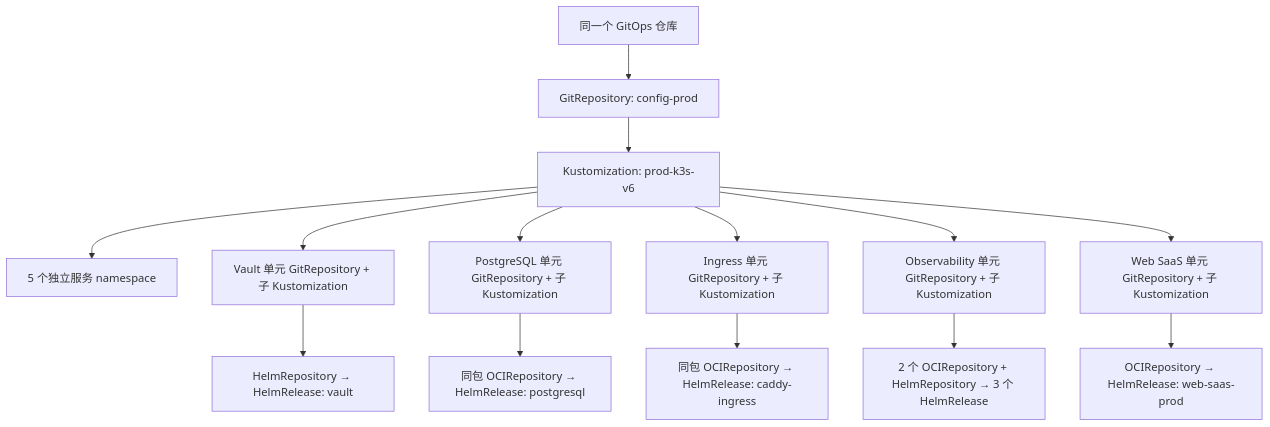
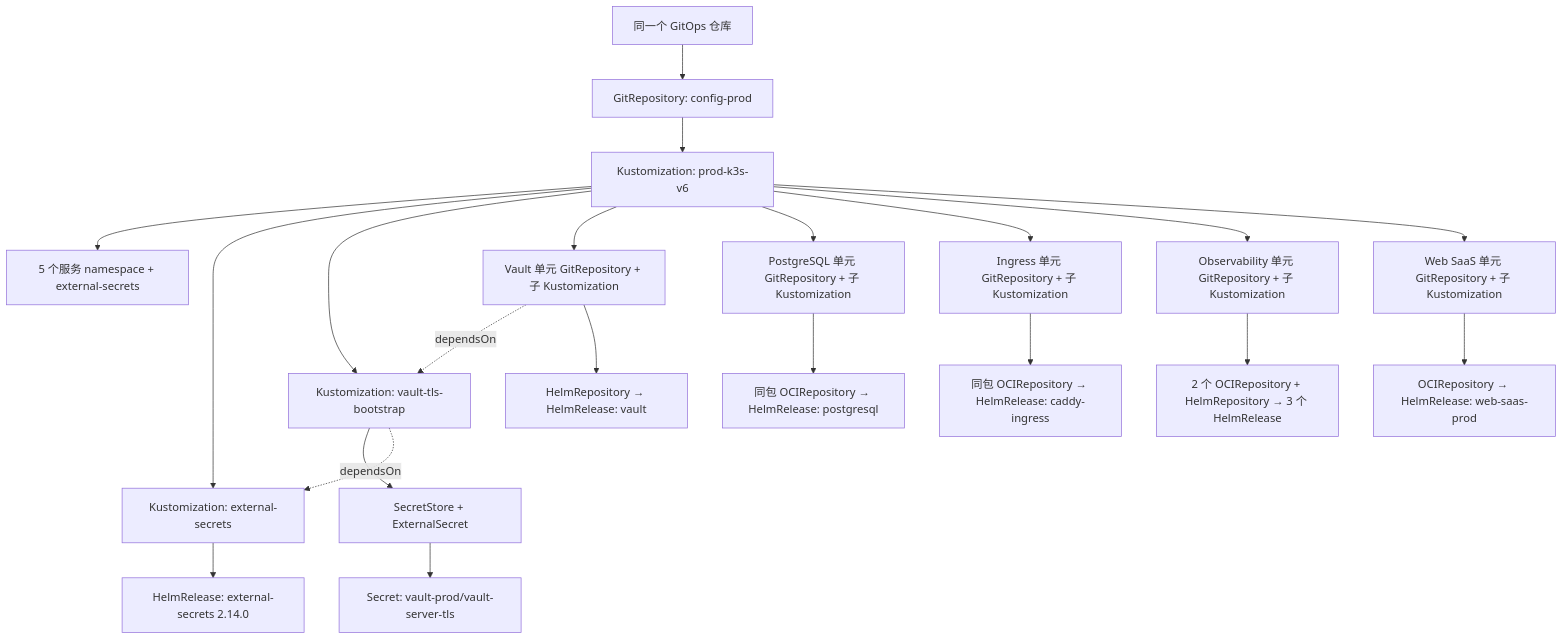
The diagram in docs/prod-k3s-v6-gitops-hierarchy.md (ai-workspace-infra/gitops), drawn with Mermaid before and after one commit. The commit also changed other lines of this file and 17 other files, not shown here.

Commit message:
feat: gate V6 Vault TLS on ESO sync (#664)

````diff
--- a/docs/prod-k3s-v6-gitops-hierarchy.md
+++ b/docs/prod-k3s-v6-gitops-hierarchy.md
@@ -8,16 +8,23 @@
 ```mermaid
 flowchart TD
   Repo[同一个 GitOps 仓库] --> Bootstrap[GitRepository: config-prod]
   Bootstrap --> Root[Kustomization: prod-k3s-v6]
-  Root --> NS[5 个独立服务 namespace]
+  Root --> NS[5 个服务 namespace + external-secrets]
+  Root --> ESO[Kustomization: external-secrets]
+  ESO --> EHR[HelmRelease: external-secrets 2.14.0]
+  Root --> TLS[Kustomization: vault-tls-bootstrap]
+  TLS --> Ext[SecretStore + ExternalSecret]
+  Ext --> TSecret[Secret: vault-prod/vault-server-tls]
+  TLS -. dependsOn .-> ESO
   Root --> V[Vault 单元 GitRepository + 子 Kustomization]
   Root --> P[PostgreSQL 单元 GitRepository + 子 Kustomization]
   Root --> I[Ingress 单元 GitRepository + 子 Kustomization]
   Root --> O[Observability 单元 GitRepository + 子 Kustomization]
   Root --> W[Web SaaS 单元 GitRepository + 子 Kustomization]
+  V -. dependsOn .-> TLS
   V --> VH[HelmRepository → HelmRelease: vault]
   P --> PH[同包 OCIRepository → HelmRelease: postgresql]
   I --> IH[同包 OCIRepository → HelmRelease: caddy-ingress]
   O --> OH[2 个 OCIRepository + HelmRepository → 3 个 HelmRelease]
   W --> WH[OCIRepository → HelmRelease: web-saas-prod]
 ```
````
